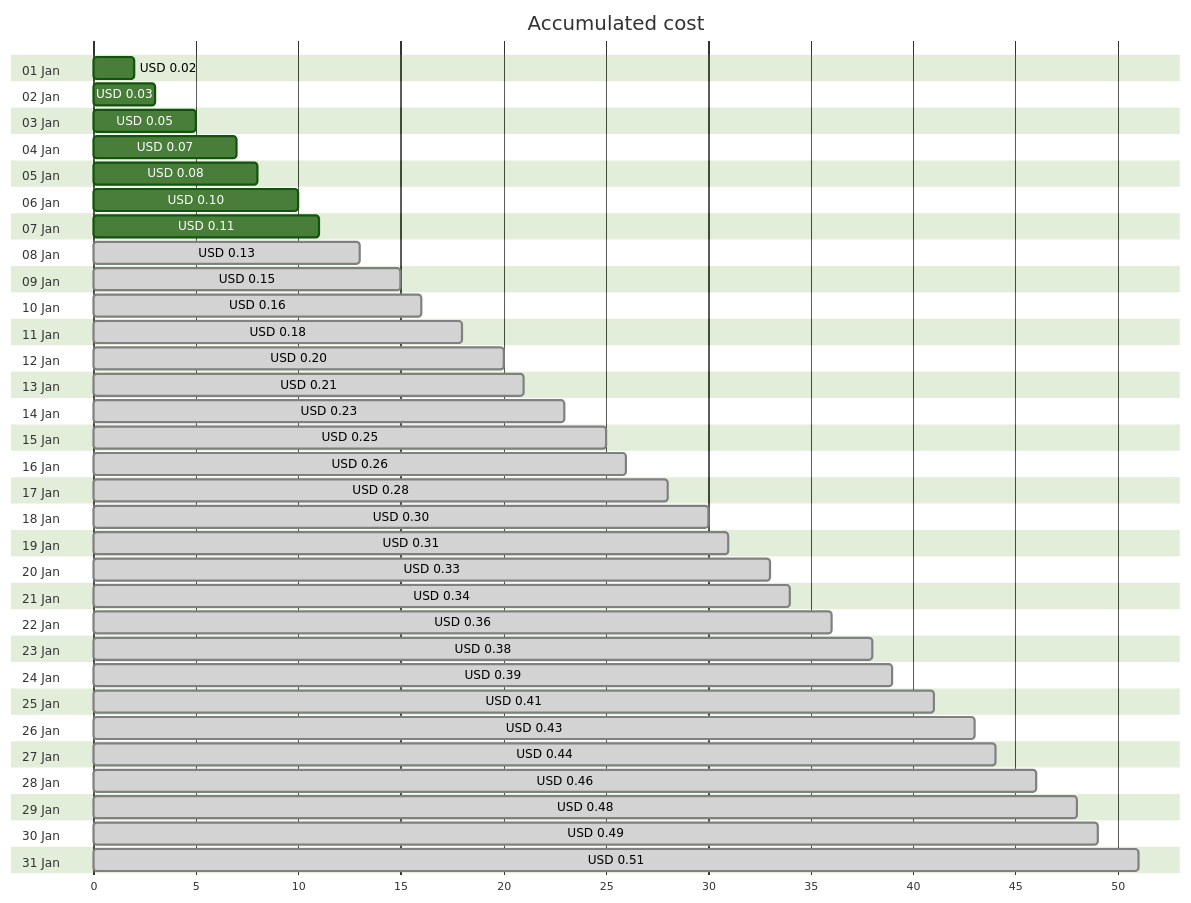
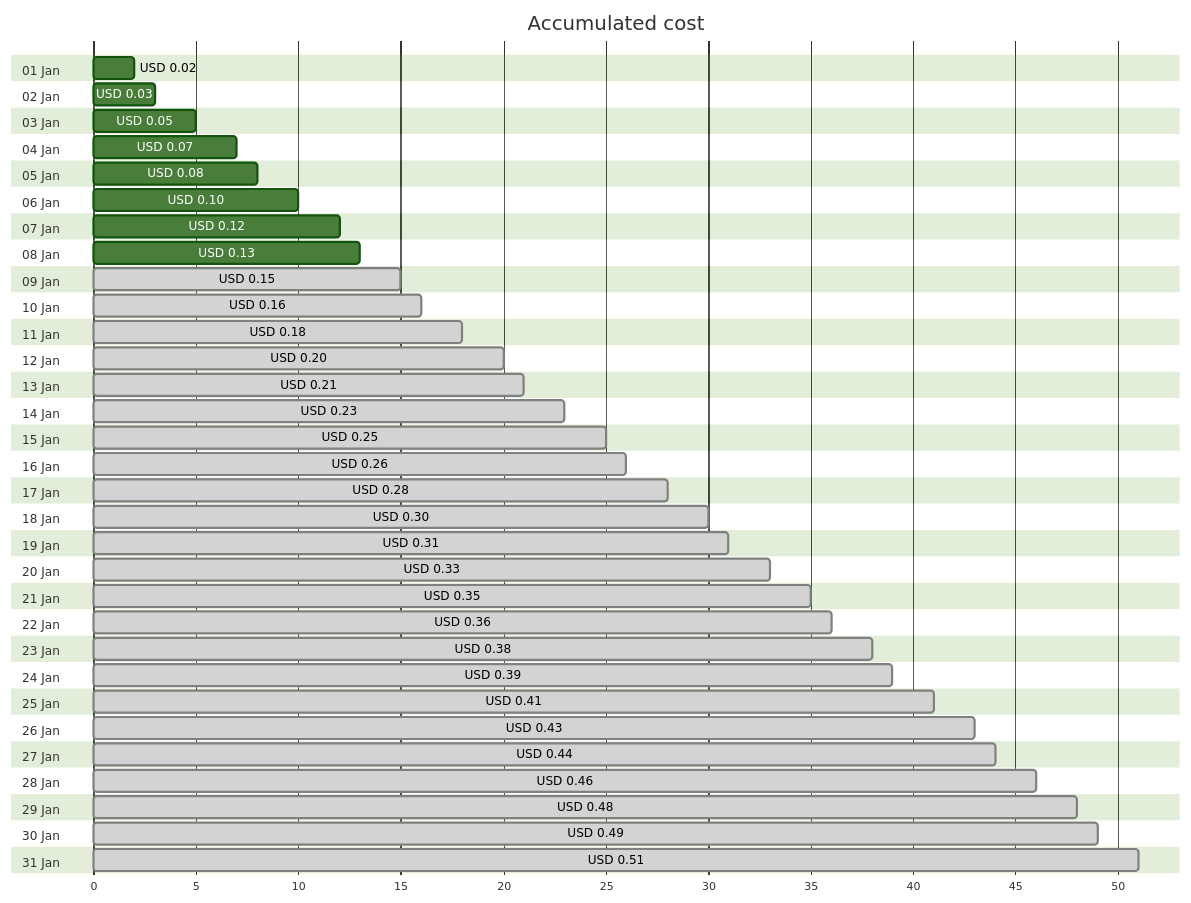
The first of 4 diagrams in cost-reports/personal-dns/jpatrickfulton.dev.md (jpfulton/azure-personal-reports), drawn with Mermaid (forest theme) before and after one commit. The commit also changed other lines of this file and 2 other files, not shown here.

````diff
--- a/cost-reports/personal-dns/jpatrickfulton.dev.md
+++ b/cost-reports/personal-dns/jpatrickfulton.dev.md
@@ -20,68 +20,68 @@
 ```mermaid
 gantt
    title Accumulated cost
    dateFormat  X
    axisFormat %s
    section 01 Jan
    USD 0.02 :0, 2
    section 02 Jan
    USD 0.03 :0, 3
    section 03 Jan
    USD 0.05 :0, 5
    section 04 Jan
    USD 0.07 :0, 7
    section 05 Jan
    USD 0.08 :0, 8
    section 06 Jan
    USD 0.10 :0, 10
    section 07 Jan
-   USD 0.11 :0, 11
+   USD 0.12 :0, 12
    section 08 Jan
-   USD 0.13 : done, 0, 13
+   USD 0.13 :0, 13
    section 09 Jan
    USD 0.15 : done, 0, 15
    section 10 Jan
    USD 0.16 : done, 0, 16
    section 11 Jan
    USD 0.18 : done, 0, 18
    section 12 Jan
    USD 0.20 : done, 0, 20
    section 13 Jan
    USD 0.21 : done, 0, 21
    section 14 Jan
    USD 0.23 : done, 0, 23
    section 15 Jan
    USD 0.25 : done, 0, 25
    section 16 Jan
    USD 0.26 : done, 0, 26
    section 17 Jan
    USD 0.28 : done, 0, 28
    section 18 Jan
    USD 0.30 : done, 0, 30
    section 19 Jan
    USD 0.31 : done, 0, 31
    section 20 Jan
    USD 0.33 : done, 0, 33
    section 21 Jan
-   USD 0.34 : done, 0, 34
+   USD 0.35 : done, 0, 35
    section 22 Jan
    USD 0.36 : done, 0, 36
    section 23 Jan
    USD 0.38 : done, 0, 38
    section 24 Jan
    USD 0.39 : done, 0, 39
    section 25 Jan
    USD 0.41 : done, 0, 41
    section 26 Jan
    USD 0.43 : done, 0, 43
    section 27 Jan
    USD 0.44 : done, 0, 44
    section 28 Jan
    USD 0.46 : done, 0, 46
    section 29 Jan
    USD 0.48 : done, 0, 48
    section 30 Jan
    USD 0.49 : done, 0, 49
    section 31 Jan
    USD 0.51 : done, 0, 51
 ```
````
